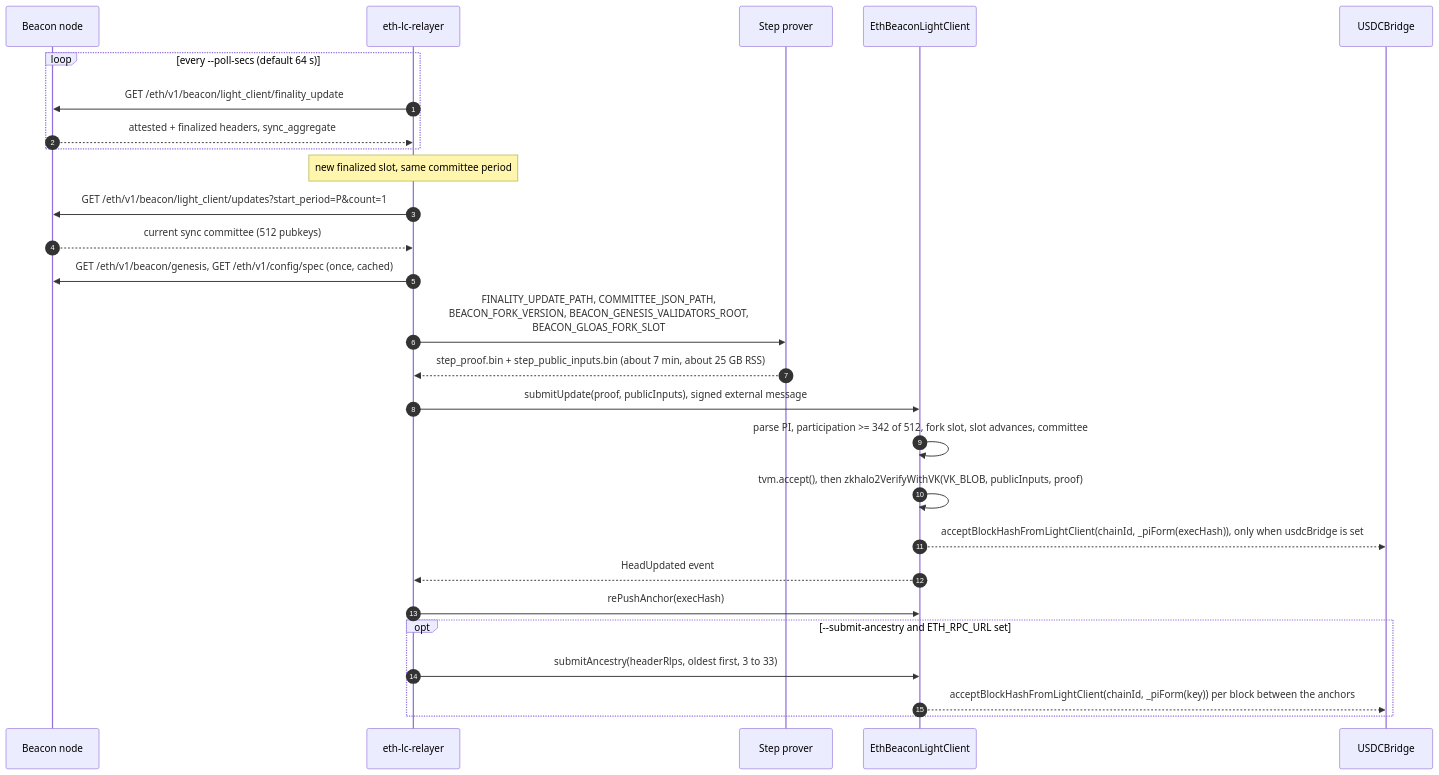
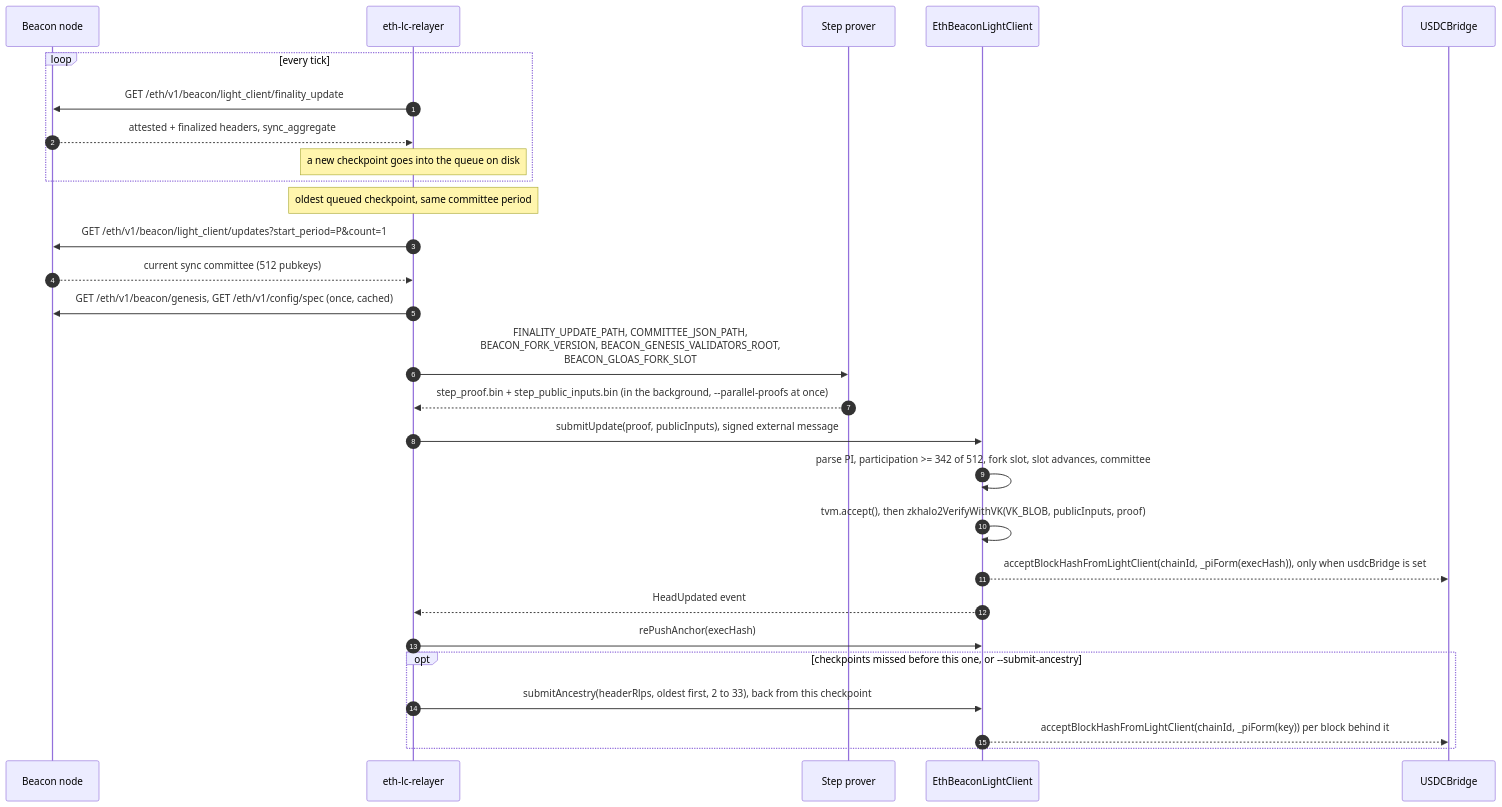
Before and after one commit to gosh-sh/bridge: the second of 5 diagrams in docs/eth-light-client.md, drawn with Mermaid. The commit also changed other lines of this file and 19 other files, not shown here.

````diff
--- a/docs/eth-light-client.md
+++ b/docs/eth-light-client.md
@@ -103,29 +111,30 @@
 ```mermaid
 sequenceDiagram
   autonumber
   participant B as Beacon node
   participant R as eth-lc-relayer
   participant P as Step prover
   participant LC as EthBeaconLightClient
   participant UB as USDCBridge
-  loop every --poll-secs (default 64 s)
+  loop every tick
     R->>B: GET /eth/v1/beacon/light_client/finality_update
     B-->>R: attested + finalized headers, sync_aggregate
+    Note over R: a new checkpoint goes into the queue on disk
   end
-  Note over R: new finalized slot, same committee period
+  Note over R: oldest queued checkpoint, same committee period
   R->>B: GET /eth/v1/beacon/light_client/updates?start_period=P&count=1
   B-->>R: current sync committee (512 pubkeys)
   R->>B: GET /eth/v1/beacon/genesis, GET /eth/v1/config/spec (once, cached)
   R->>P: FINALITY_UPDATE_PATH, COMMITTEE_JSON_PATH,<br/>BEACON_FORK_VERSION, BEACON_GENESIS_VALIDATORS_ROOT,<br/>BEACON_GLOAS_FORK_SLOT
-  P-->>R: step_proof.bin + step_public_inputs.bin (about 7 min, about 25 GB RSS)
+  P-->>R: step_proof.bin + step_public_inputs.bin (in the background, --parallel-proofs at once)
   R->>LC: submitUpdate(proof, publicInputs), signed external message
   LC->>LC: parse PI, participation >= 342 of 512, fork slot, slot advances, committee
   LC->>LC: tvm.accept(), then zkhalo2VerifyWithVK(VK_BLOB, publicInputs, proof)
   LC-->>UB: acceptBlockHashFromLightClient(chainId, _piForm(execHash)), only when usdcBridge is set
   LC-->>R: HeadUpdated event
   R->>LC: rePushAnchor(execHash)
-  opt --submit-ancestry and ETH_RPC_URL set
-    R->>LC: submitAncestry(headerRlps, oldest first, 3 to 33)
-    LC-->>UB: acceptBlockHashFromLightClient(chainId, _piForm(key)) per block between the anchors
+  opt checkpoints missed before this one, or --submit-ancestry
+    R->>LC: submitAncestry(headerRlps, oldest first, 2 to 33), back from this checkpoint
+    LC-->>UB: acceptBlockHashFromLightClient(chainId, _piForm(key)) per block behind it
   end
 ```
````
